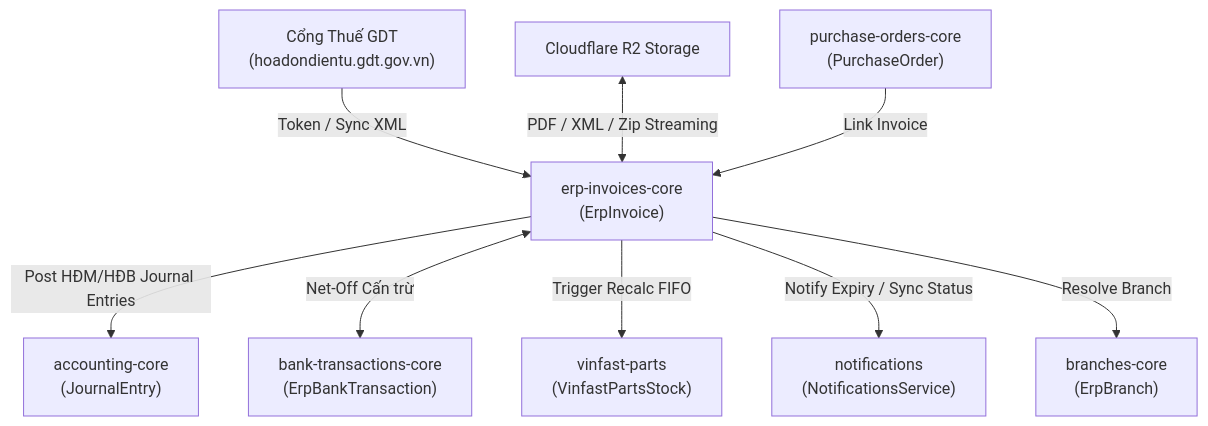
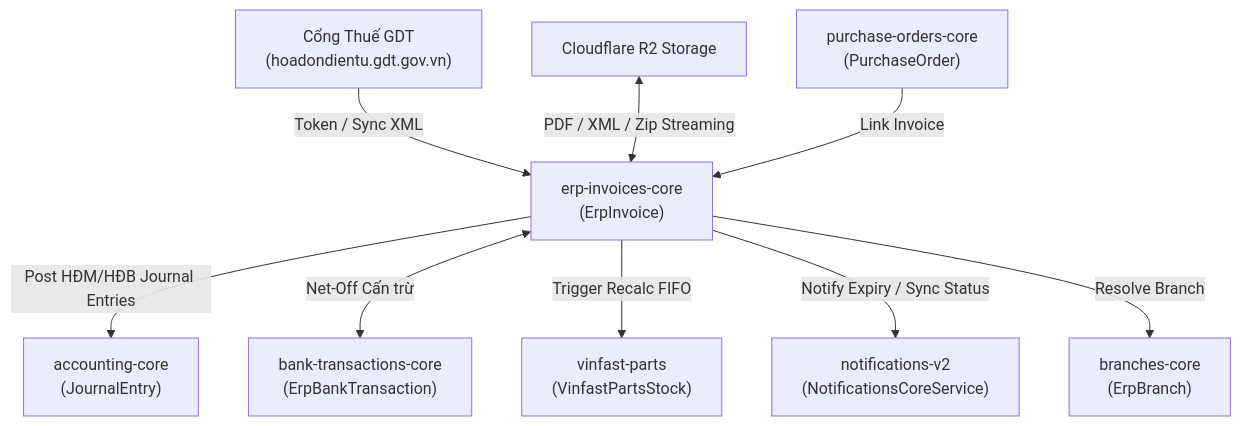
The diagram in .agents/skills/modules/erp-invoice/SKILL.md (kindustries-erp/erp-api), drawn with Mermaid before and after one commit. The commit also changed other lines of this file and 46 other files, not shown here.

````diff
--- a/.agents/skills/modules/erp-invoice/SKILL.md
+++ b/.agents/skills/modules/erp-invoice/SKILL.md
@@ -624,11 +624,11 @@
 ```mermaid
 graph TD
     GDT["Cổng Thuế GDT<br/>(hoadondientu.gdt.gov.vn)"] -->|Token / Sync XML| INVOICE["erp-invoices-core<br/>(ErpInvoice)"]
     R2["Cloudflare R2 Storage"] <-->|PDF / XML / Zip Streaming| INVOICE
     INVOICE -->|Post HĐM/HĐB Journal Entries| ACC["accounting-core<br/>(JournalEntry)"]
     INVOICE <-->|Net-Off Cấn trừ| BANK["bank-transactions-core<br/>(ErpBankTransaction)"]
     INVOICE -->|Trigger Recalc FIFO| VF["vinfast-parts<br/>(VinfastPartsStock)"]
-    INVOICE -->|Notify Expiry / Sync Status| NOTIF["notifications<br/>(NotificationsService)"]
+    INVOICE -->|Notify Expiry / Sync Status| NOTIF["notifications-v2<br/>(NotificationsCoreService)"]
     INVOICE -->|Resolve Branch| BRANCH["branches-core<br/>(ErpBranch)"]
     PO["purchase-orders-core<br/>(PurchaseOrder)"] -->|Link Invoice| INVOICE
 ```
````
